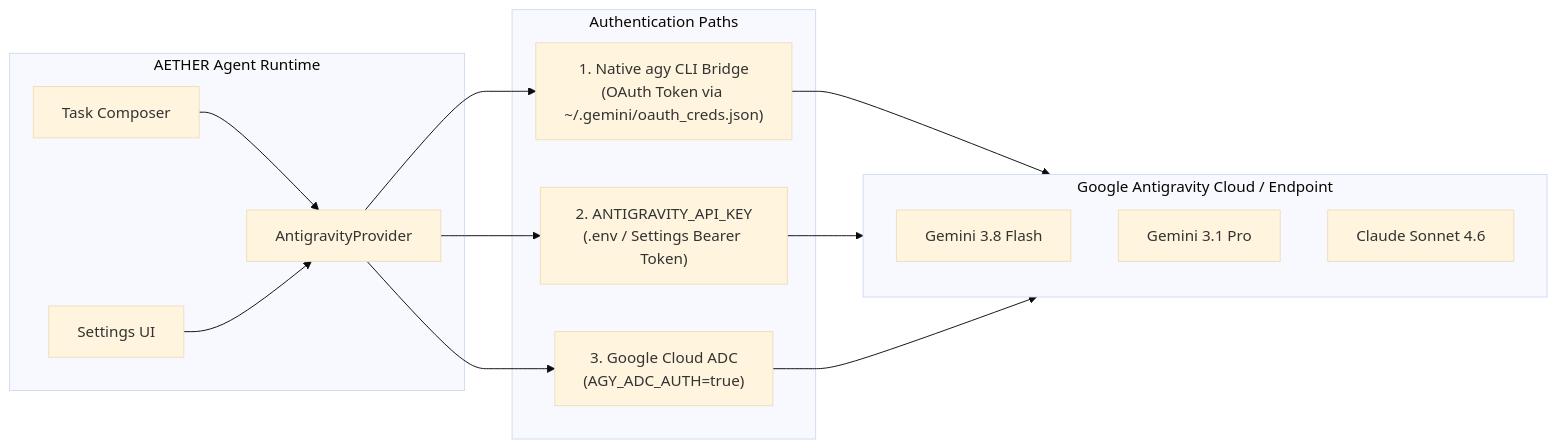
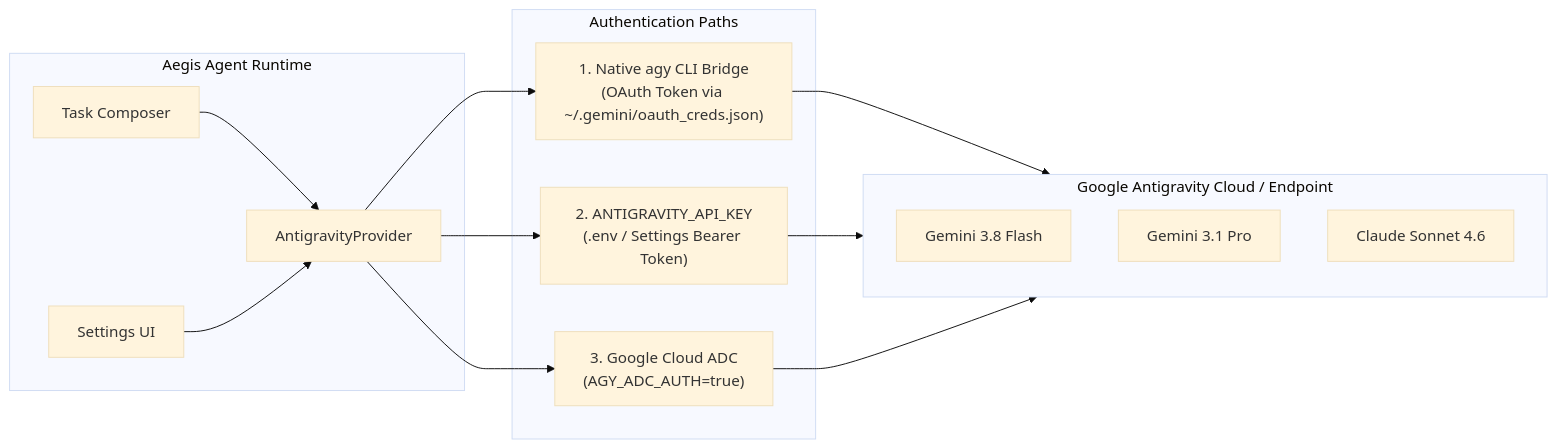
The diagram in docs/Antigravity-Provider.md (aditlab-code/aegiscode), drawn with Mermaid (base theme) before and after one commit. The commit also changed other lines of this file and 90 other files, not shown here.

First line of the commit message:
feat: migrasi branding penuh dari Aether ke AegisCode

````diff
--- a/docs/Antigravity-Provider.md
+++ b/docs/Antigravity-Provider.md
@@ -16,24 +15,23 @@
 ```mermaid
 graph LR
-    subgraph AETHER ["AETHER Agent Runtime"]
+    subgraph AegisCode ["Aegis Agent Runtime"]
         TC["Task Composer"] --> AP["AntigravityProvider"]
         ST["Settings UI"] --> AP
     end
-
     subgraph Auth ["Authentication Paths"]
         CLI["1. Native agy CLI Bridge<br/>(OAuth Token via ~/.gemini/oauth_creds.json)"]
         API["2. ANTIGRAVITY_API_KEY<br/>(.env / Settings Bearer Token)"]
         ADC["3. Google Cloud ADC<br/>(AGY_ADC_AUTH=true)"]
     end
 
     subgraph Engine ["Google Antigravity Cloud / Endpoint"]
         M1["Gemini 3.8 Flash"]
         M2["Gemini 3.1 Pro"]
         M3["Claude Sonnet 4.6"]
     end
 
     AP --> CLI
     AP --> API
     AP --> ADC
     CLI & API & ADC --> Engine
 ```
````
